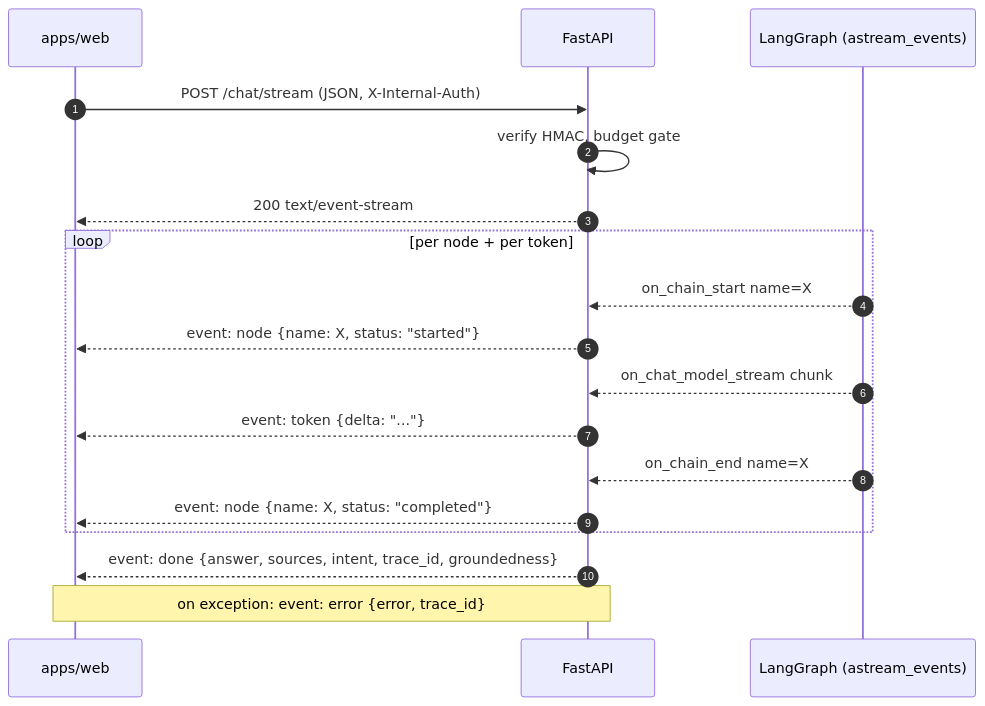
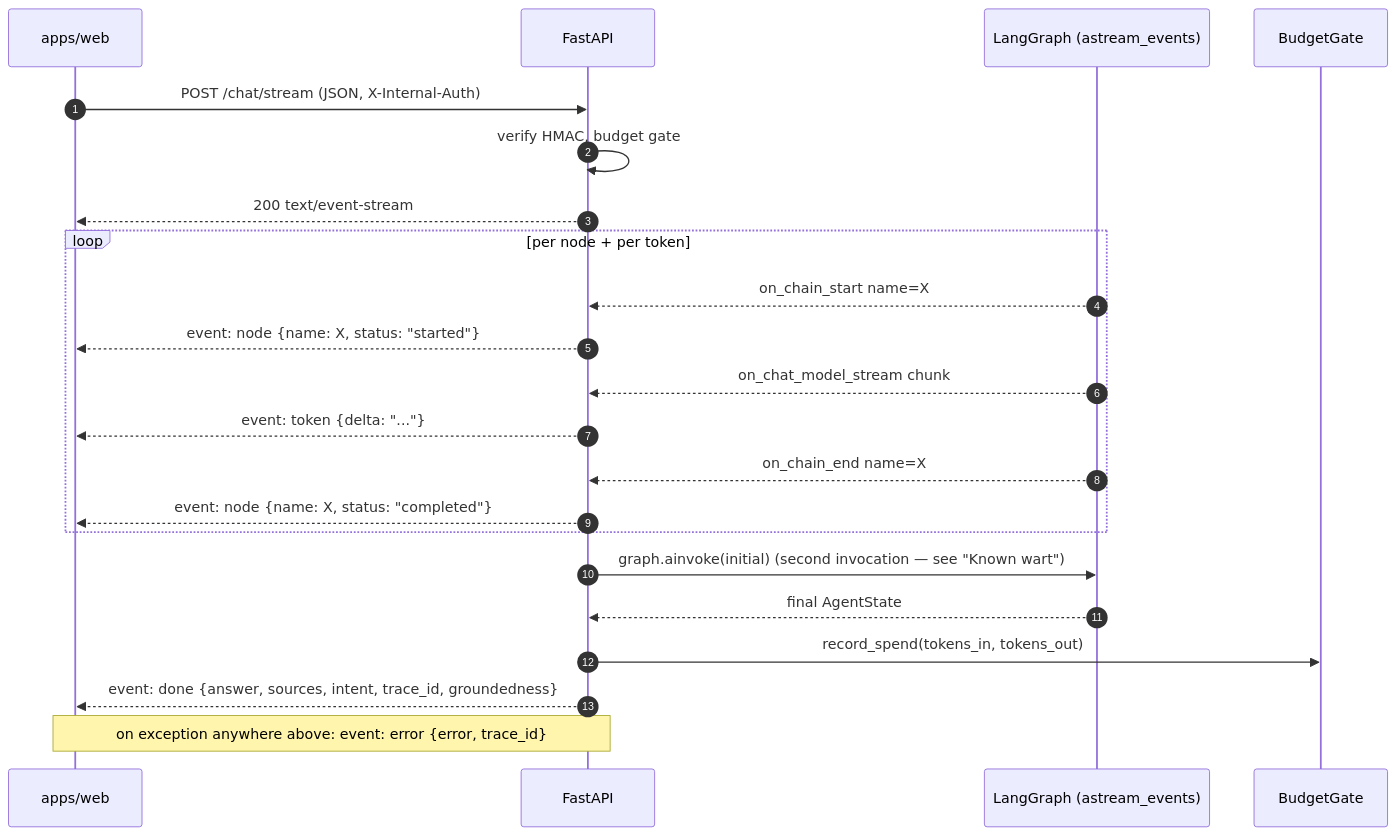
Before and after one commit to orvian36/habib36-dev: the second of 2 diagrams in apps/chatbot/docs/03-chat-flow.md, drawn with Mermaid. The commit also changed other lines of this file, not shown here.

Commit message:
docs(chatbot): fix chat-flow doc — stream caveat, log asymmetry, tokens alias, diagram, auth wording

````diff
--- a/apps/chatbot/docs/03-chat-flow.md
+++ b/apps/chatbot/docs/03-chat-flow.md
@@ -134,20 +136,24 @@
 ```mermaid
 sequenceDiagram
   autonumber
   participant W as apps/web
   participant F as FastAPI
   participant G as LangGraph (astream_events)
+  participant B as BudgetGate
   W->>F: POST /chat/stream (JSON, X-Internal-Auth)
   F->>F: verify HMAC, budget gate
   F-->>W: 200 text/event-stream
   loop per node + per token
     G-->>F: on_chain_start name=X
     F-->>W: event: node {name: X, status: "started"}
     G-->>F: on_chat_model_stream chunk
     F-->>W: event: token {delta: "..."}
     G-->>F: on_chain_end name=X
     F-->>W: event: node {name: X, status: "completed"}
   end
+  F->>G: graph.ainvoke(initial) (second invocation — see "Known wart")
+  G-->>F: final AgentState
+  F->>B: record_spend(tokens_in, tokens_out)
   F-->>W: event: done {answer, sources, intent, trace_id, groundedness}
-  Note over F,W: on exception: event: error {error, trace_id}
+  Note over F,W: on exception anywhere above: event: error {error, trace_id}
 ```
````
